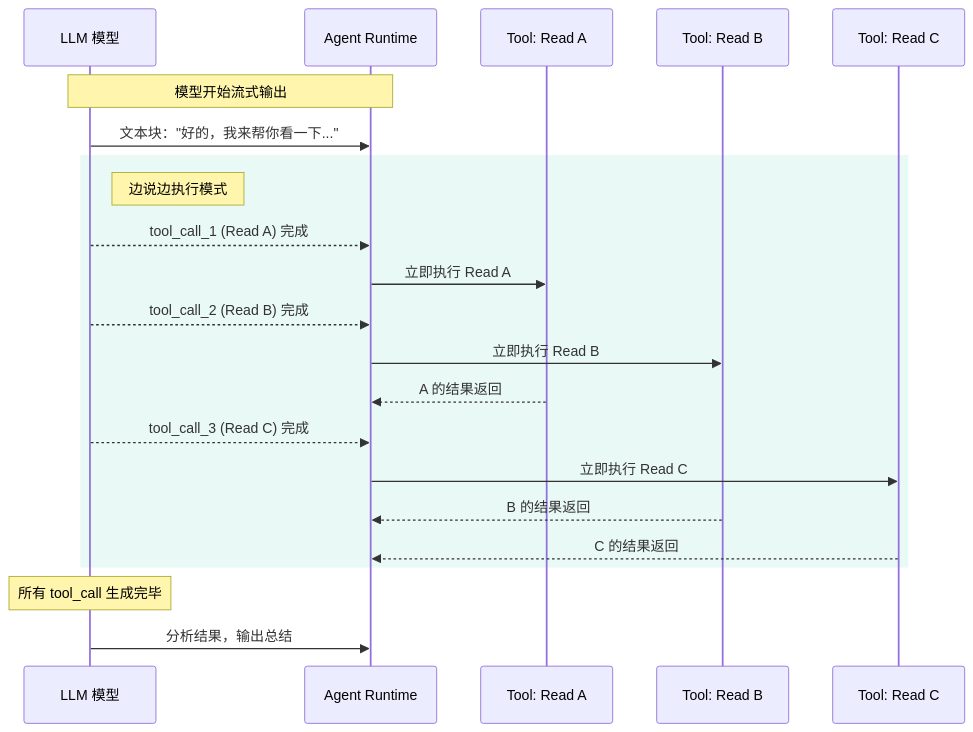
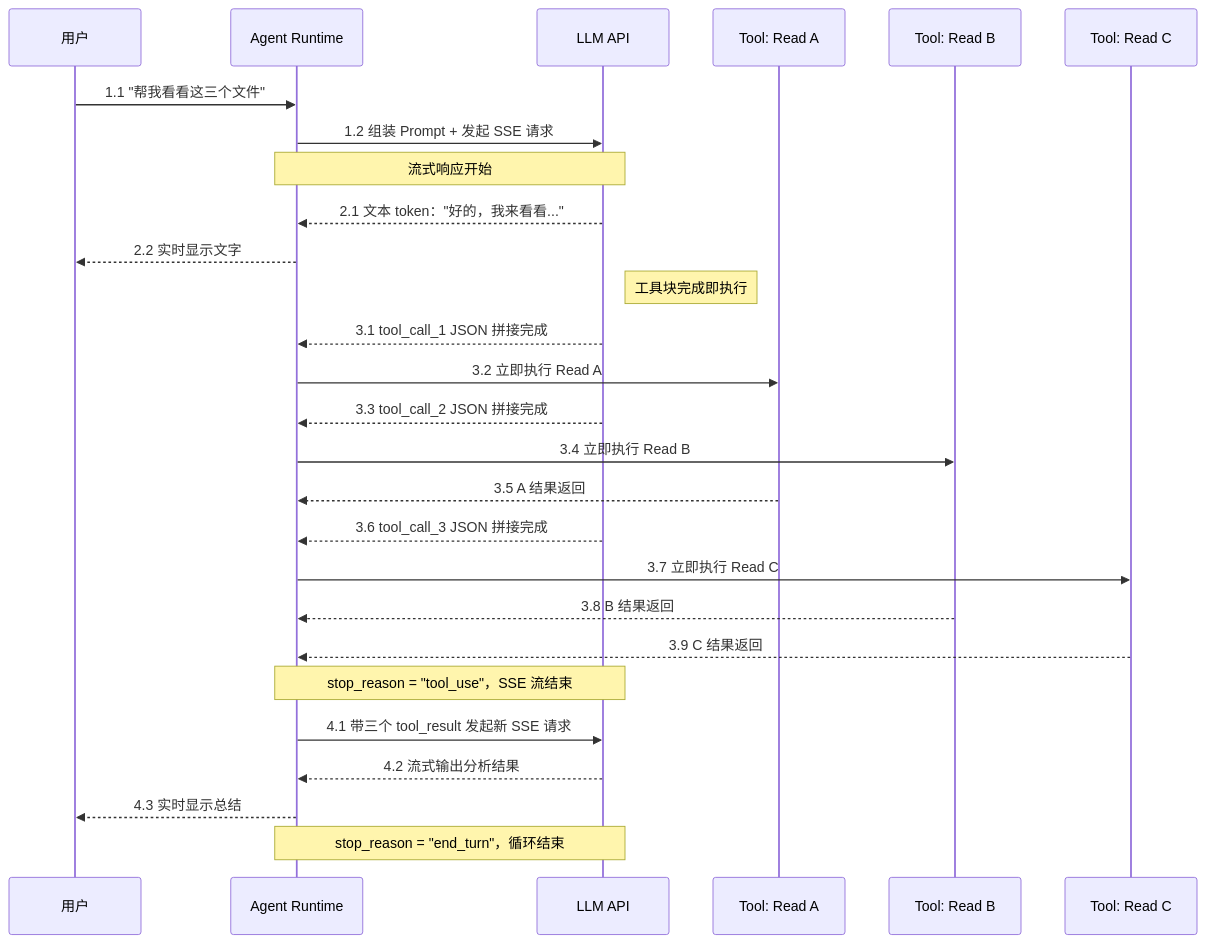
The diagram in cases/03-execute-while-streaming/diagram.mmd (caosiwei97/agent-loop-demo), drawn with Mermaid before and after one commit. The commit also changed 2 other files, not shown here.

Commit message:
feat: 添加多工具流水线交互演示并同步源文档与时序图

```diff
--- a/cases/03-execute-while-streaming/diagram.mmd
+++ b/cases/03-execute-while-streaming/diagram.mmd
@@ -1,25 +1,31 @@
 sequenceDiagram
-    participant Model as LLM 模型
-    participant Agent as Agent Runtime
+    participant U as 用户
+    participant R as Agent Runtime
+    participant API as LLM API
     participant T1 as Tool: Read A
     participant T2 as Tool: Read B
     participant T3 as Tool: Read C
 
-    Note over Model,Agent: 模型开始流式输出
-    Model->>Agent: 文本块："好的，我来帮你看一下..."
+    U->>R: 1.1 "帮我看看这三个文件"
+    R->>API: 1.2 组装 Prompt + 发起 SSE 请求
 
-    rect rgba(78, 201, 176, 0.12)
-        Note right of Model: 边说边执行模式
-        Model-->>Agent: tool_call_1 (Read A) 完成
-        Agent->>T1: 立即执行 Read A
-        Model-->>Agent: tool_call_2 (Read B) 完成
-        Agent->>T2: 立即执行 Read B
-        T1-->>Agent: A 的结果返回
-        Model-->>Agent: tool_call_3 (Read C) 完成
-        Agent->>T3: 立即执行 Read C
-        T2-->>Agent: B 的结果返回
-        T3-->>Agent: C 的结果返回
-    end
+    Note over API,R: 流式响应开始
+    API-->>R: 2.1 文本 token："好的，我来看看..."
+    R-->>U: 2.2 实时显示文字
 
-    Note over Model: 所有 tool_call 生成完毕
-    Model->>Agent: 分析结果，输出总结
+    Note right of API: 工具块完成即执行
+    API-->>R: 3.1 tool_call_1 JSON 拼接完成
+    R->>T1: 3.2 立即执行 Read A
+    API-->>R: 3.3 tool_call_2 JSON 拼接完成
+    R->>T2: 3.4 立即执行 Read B
+    T1-->>R: 3.5 A 结果返回
+    API-->>R: 3.6 tool_call_3 JSON 拼接完成
+    R->>T3: 3.7 立即执行 Read C
+    T2-->>R: 3.8 B 结果返回
+    T3-->>R: 3.9 C 结果返回
+
+    Note over API,R: stop_reason = "tool_use"，SSE 流结束
+    R->>API: 4.1 带三个 tool_result 发起新 SSE 请求
+    API-->>R: 4.2 流式输出分析结果
+    R-->>U: 4.3 实时显示总结
+    Note over API,R: stop_reason = "end_turn"，循环结束
```
